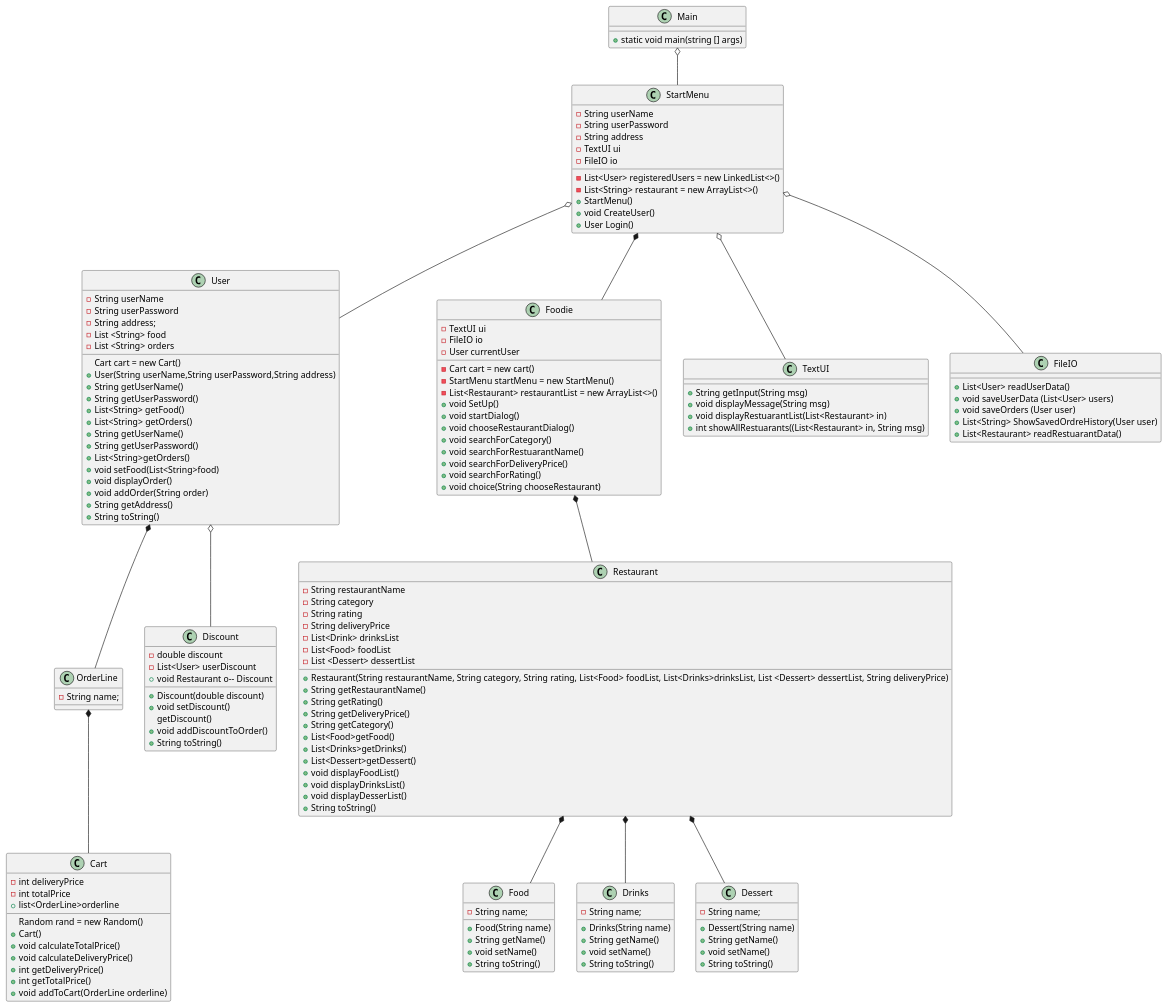
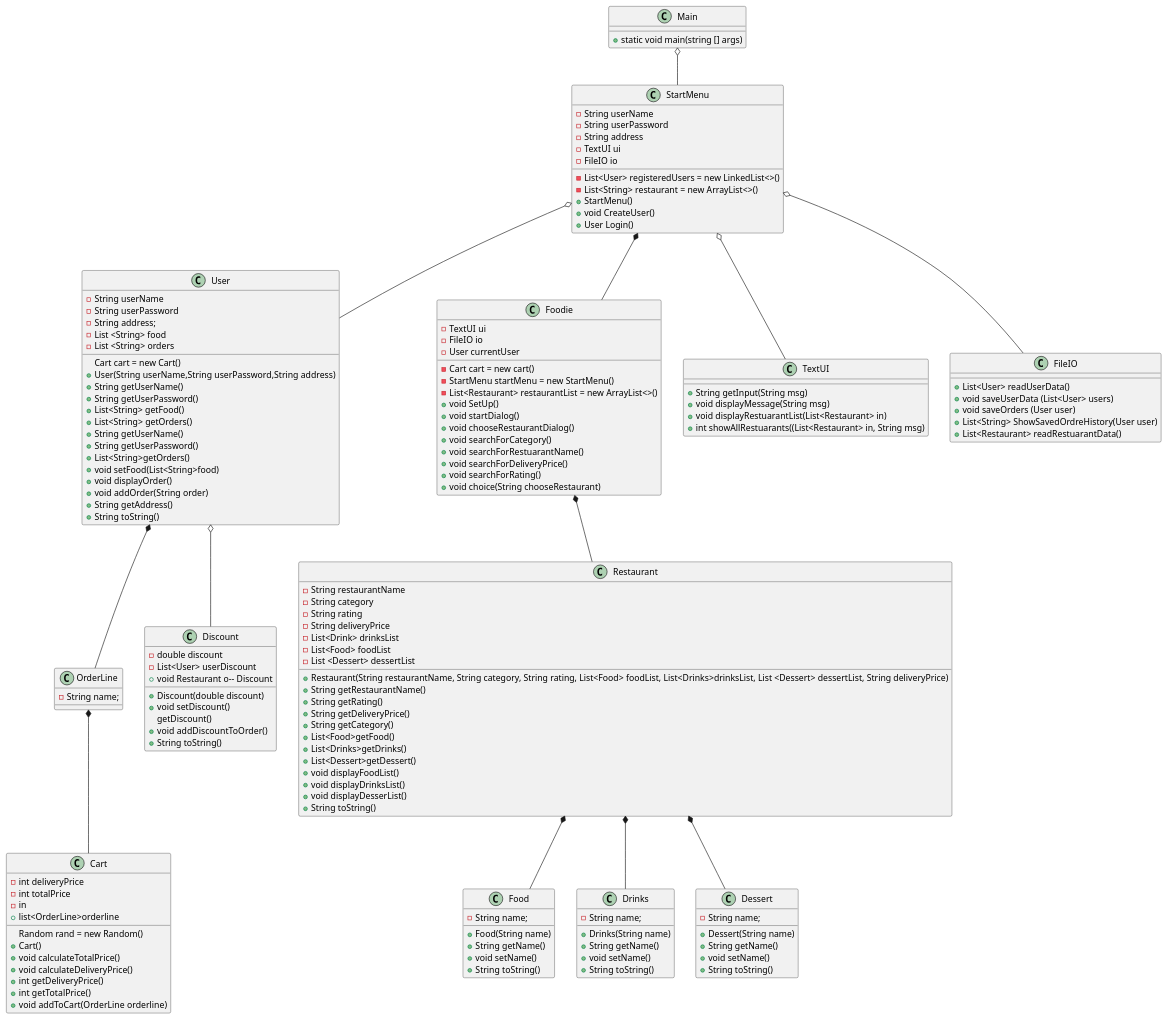
Before and after one commit to Madihakhan1/ICE-2024: the diagram in Doc/ClassDiagram1.3.puml, drawn with PlantUML. The commit also changed 3 other files, not shown here.

```diff
--- a/Doc/ClassDiagram1.3.puml
+++ b/Doc/ClassDiagram1.3.puml
@@ -1,169 +1,169 @@
 @startuml
 'https://plantuml.com/object-diagram
 
 class Main{
 + static void main(string [] args)
 }
 
 class StartMenu{
 - String userName
 - String userPassword
 - String address
 - List<User> registeredUsers = new LinkedList<>()
 - List<String> restaurant = new ArrayList<>()
 - TextUI ui
 - FileIO io
 + StartMenu()
 + void CreateUser()
 + User Login()
 }
 
 class User{
 - String userName
 - String userPassword
 - String address;
 - List <String> food
 - List <String> orders
   Cart cart = new Cart()
 + User(String userName,String userPassword,String address)
 + String getUserName()
 + String getUserPassword()
 + List<String> getFood()
 + List<String> getOrders()
 + String getUserName()
 + String getUserPassword()
 + List<String>getOrders()
 + void setFood(List<String>food)
 + void displayOrder()
 + void addOrder(String order)
 + String getAddress()
 + String toString()
-
 }
 
 class OrderLine{
 - String name;
 }
 
 class Cart{
 Random rand = new Random()
 - int deliveryPrice
 - int totalPrice
+- in
 + list<OrderLine>orderline
 + Cart()
 + void calculateTotalPrice()
 + void calculateDeliveryPrice()
 + int getDeliveryPrice()
 + int getTotalPrice()
 + void addToCart(OrderLine orderline)
 }
 
  class Restaurant{
 - String restaurantName
 - String category
 - String rating
 - String deliveryPrice
 - List<Drink> drinksList
 - List<Food> foodList
 - List <Dessert> dessertList
 + Restaurant(String restaurantName, String category, String rating, List<Food> foodList, List<Drinks>drinksList, List <Dessert> dessertList, String deliveryPrice)
 + String getRestaurantName()
 + String getRating()
 + String getDeliveryPrice()
 + String getCategory()
 + List<Food>getFood()
 + List<Drinks>getDrinks()
 + List<Dessert>getDessert()
 + void displayFoodList()
 + void displayDrinksList()
 + void displayDesserList()
 + String toString()
 }
 
 class Foodie{
 - TextUI ui
 - FileIO io
 - Cart cart = new cart()
 - StartMenu startMenu = new StartMenu()
 - User currentUser
 - List<Restaurant> restaurantList = new ArrayList<>()
 + void SetUp()
 + void startDialog()
 + void chooseRestaurantDialog()
 + void searchForCategory()
 + void searchForRestuarantName()
 + void searchForDeliveryPrice()
 + void searchForRating()
 + void choice(String chooseRestaurant)
 }
 
 class Food{
 - String name;
 + Food(String name)
 + String getName()
 + void setName()
 + String toString()
 }
 
 class Drinks{
 - String name;
 + Drinks(String name)
 + String getName()
 + void setName()
 + String toString()
 }
 
 class Dessert{
 - String name;
 + Dessert(String name)
 + String getName()
 + void setName()
 + String toString()
 }
 
 class Discount{
 - double discount
 - List<User> userDiscount
 + Discount(double discount)
 + void setDiscount()
 + void Restaurant o-- Discount
 getDiscount()
 + void addDiscountToOrder()
 + String toString()
 }
 
 class TextUI{
 + String getInput(String msg)
 + void displayMessage(String msg)
 + void displayRestuarantList(List<Restaurant> in)
 + int showAllRestuarants((List<Restaurant> in, String msg)
 }
 
 class FileIO{
 + List<User> readUserData()
 + void saveUserData (List<User> users)
 + void saveOrders (User user)
 + List<String> ShowSavedOrdreHistory(User user)
 + List<Restaurant> readRestuarantData()
 }
 
 
 Main o-- StartMenu
 
 StartMenu o-- TextUI
 StartMenu o-- FileIO
 StartMenu o-- User
 StartMenu *-- Foodie
 
 Foodie *-- Restaurant
 
 User *-- OrderLine
 User o-- Discount
 
 OrderLine *-- Cart
 
 Restaurant *-- Food
 Restaurant *-- Drinks
 Restaurant *-- Dessert
 
 @enduml
```
